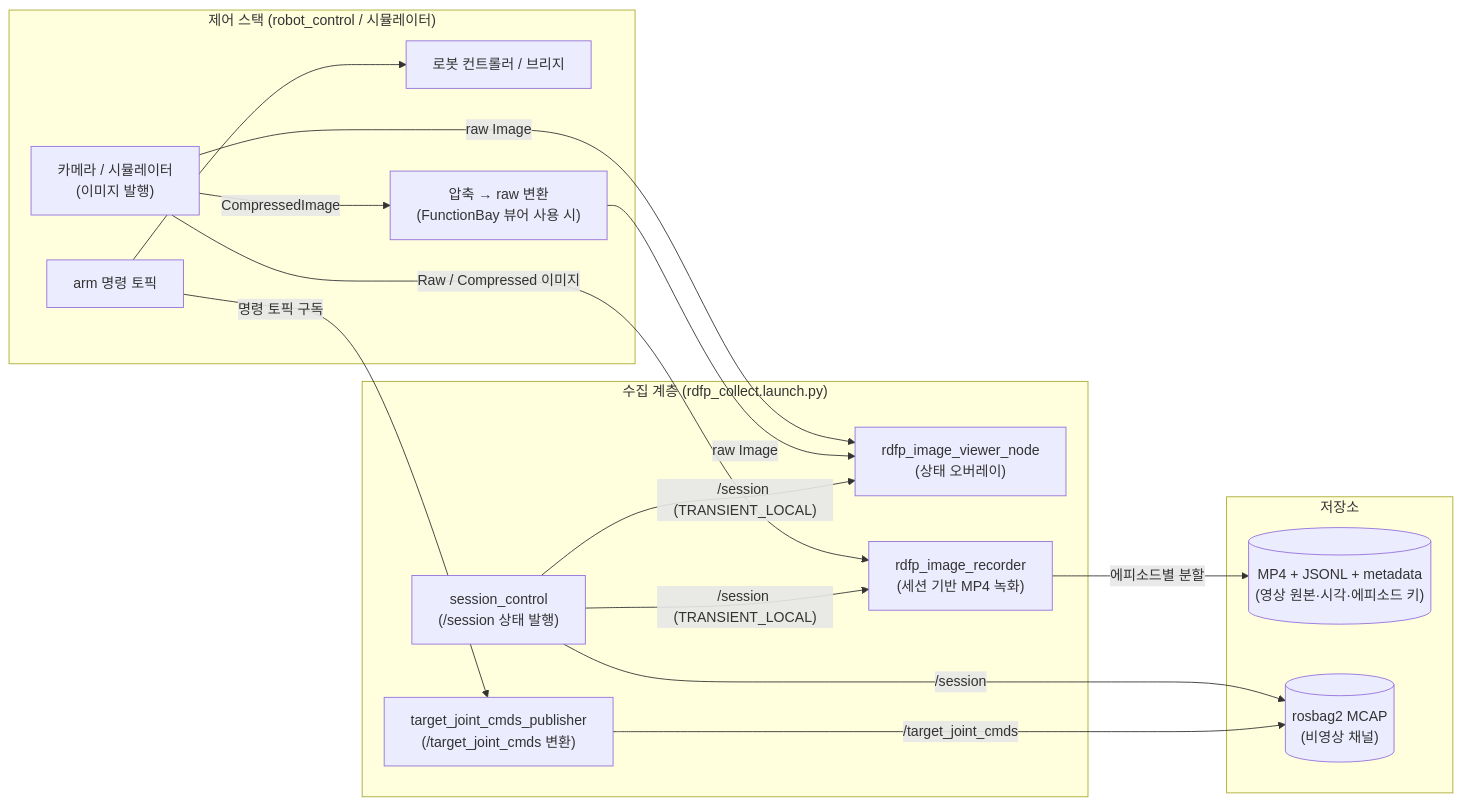
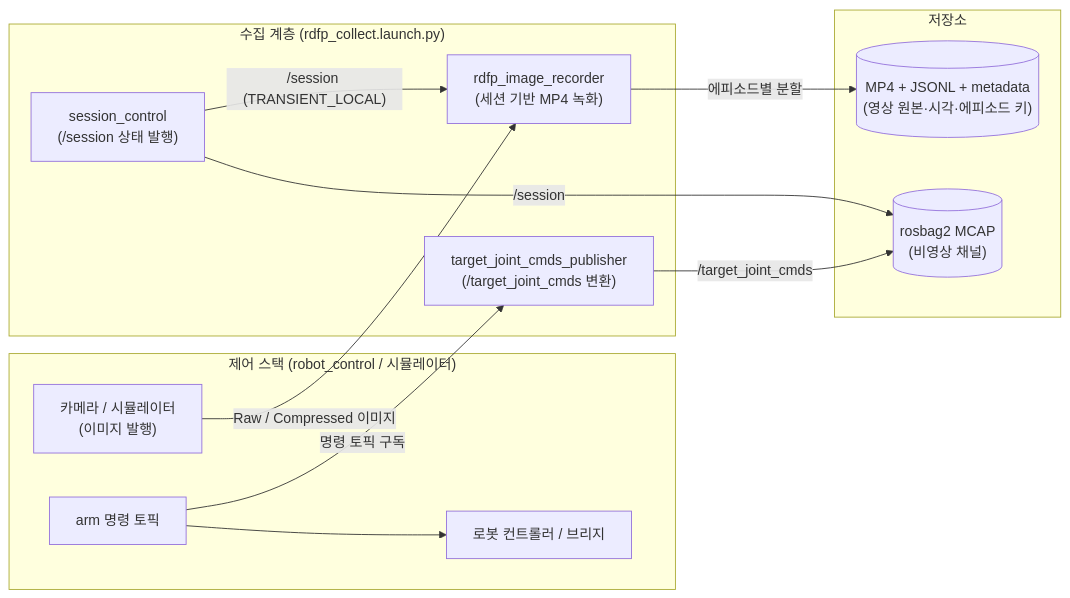
The first of 2 diagrams in docs/collect/수집_계층_얹기_절차서.md (kwlee0220/rdfp_ws), drawn with Mermaid before and after one commit. The commit also changed other lines of this file and 6 other files, not shown here.

````diff
--- a/docs/collect/수집_계층_얹기_절차서.md
+++ b/docs/collect/수집_계층_얹기_절차서.md
@@ -38,33 +38,27 @@
 ```mermaid
 flowchart LR
     subgraph CTRL["제어 스택 (robot_control / 시뮬레이터)"]
         CAM["카메라 / 시뮬레이터<br/>(이미지 발행)"]
         CMD["arm 명령 토픽"]
         ARM["로봇 컨트롤러 / 브리지"]
-        DECODE["압축 → raw 변환<br/>(FunctionBay 뷰어 사용 시)"]
     end
 
     subgraph COLLECT["수집 계층 (rdfp_collect.launch.py)"]
         SC["session_control<br/>(/session 상태 발행)"]
-        VIEW["rdfp_image_viewer_node<br/>(상태 오버레이)"]
         REC["rdfp_image_recorder<br/>(세션 기반 MP4 녹화)"]
         TJC["target_joint_cmds_publisher<br/>(/target_joint_cmds 변환)"]
     end
 
     subgraph STORAGE["저장소"]
         MP4[("MP4 + JSONL + metadata<br/>(영상 원본·시각·에피소드 키)")]
         BAG[("rosbag2 MCAP<br/>(비영상 채널)")]
     end
 
-    CAM -->|raw Image| VIEW
-    CAM -->|CompressedImage| DECODE
-    DECODE -->|raw Image| VIEW
     CAM -->|Raw / Compressed 이미지| REC
     CMD --> ARM
     CMD -->|명령 토픽 구독| TJC
-    SC -->|"/session (TRANSIENT_LOCAL)"| VIEW
     SC -->|"/session (TRANSIENT_LOCAL)"| REC
     SC -->|"/session"| BAG
     TJC -->|"/target_joint_cmds"| BAG
     REC -->|에피소드별 분할| MP4
 ```
````
